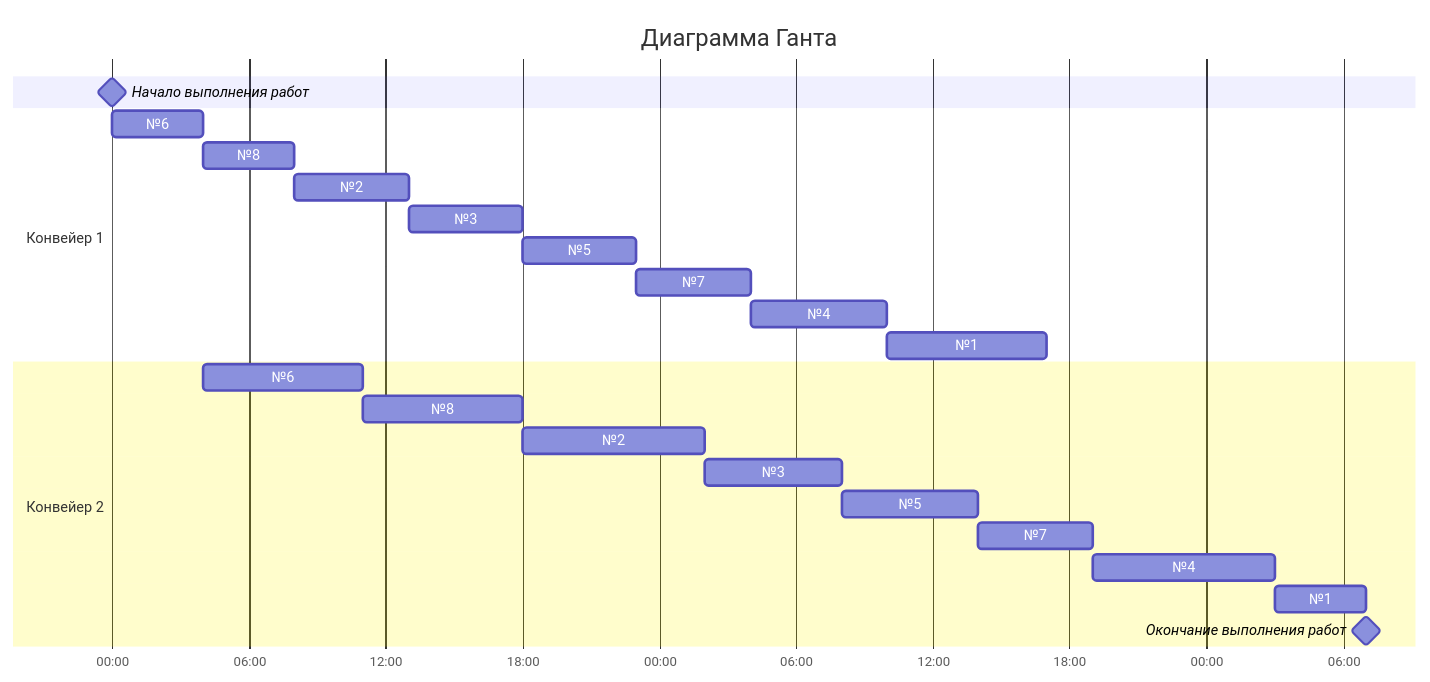
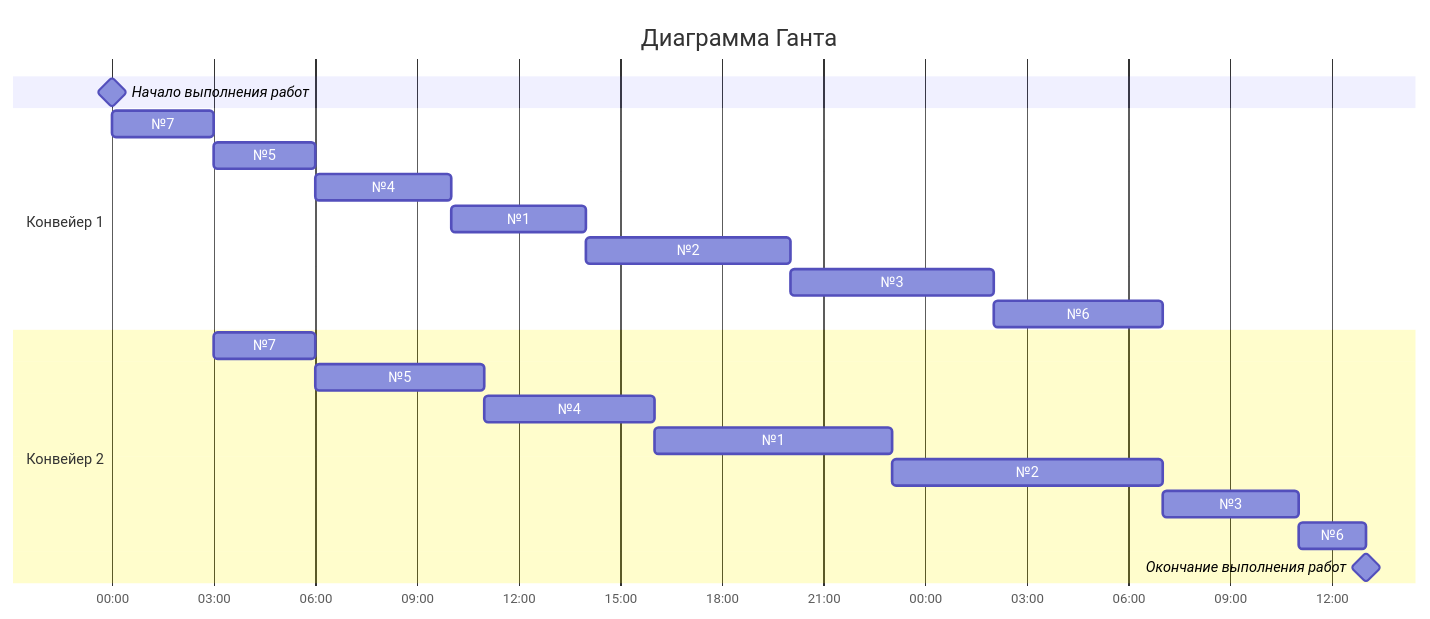
One commit to HSE-algo-23-crow/manual_tasks changed the second of 2 diagrams in task_8/Mongolian_Tomatoes_task_8.md. Above: the diagram before and after it, drawn with Mermaid. The commit also changed other lines of this file, not shown here.

````diff
--- a/task_8/Mongolian_Tomatoes_task_8.md
+++ b/task_8/Mongolian_Tomatoes_task_8.md
@@ -93,26 +89,25 @@
 ```mermaid
 gantt
     title Диаграмма Ганта
     dateFormat DD HH:mm    
     axisFormat %H:%M
     Начало выполнения работ : milestone, m1, 01 00:00, 0h
     section Конвейер 1
-    №6         :a1, 01 00:00, 4h
-    №8         :a2, after a1, 4h
-    №2         :a3, after a2, 5h
-    №3         :a4, after a3, 5h
-    №5         :a5, after a4, 5h
-    №7         :a6, after a5, 5h
-    №4         :a7, after a6, 6h
-    №1         :a8, after a7, 7h
+    №7         :a1, 01 00:00, 3h
+    №5         :a2, after a1, 3h
+    №4         :a3, after a2, 4h
+    №1         :a4, after a3, 4h
+    №2         :a5, after a4, 6h
+    №3         :a6, after a5, 6h
+    №6         :a7, after a6, 5h
     section Конвейер 2
-    №6         :b1, after a1, 7h
-    №8         :b2, after a2 b1, 7h
-    №2         :b3, after a3 b2, 8h
-    №3         :b4, after a4 b3, 6h
-    №5         :b5, after a5 b4, 6h
-    №7         :b6, after a6 b5, 5h
-    №4         :b7, after a7 b6, 8h
-    №1         :b8, after a8 b7, 4h
-    Окончание выполнения работ : milestone, m2, 03 07:00, 0h
+    №7         :b1, after a1, 3h
+    №5         :b2, after b1, 5h
+    №4         :b3, after b2, 5h
+    №1         :b4, after b3, 7h
+    №2         :b5, after b4, 8h
+    №3         :b6, after b5, 4h
+    №6         :b7, after b6, 2h
+
+    Окончание выполнения работ : milestone, m2, 02 13:00, 0h
 ```
````
